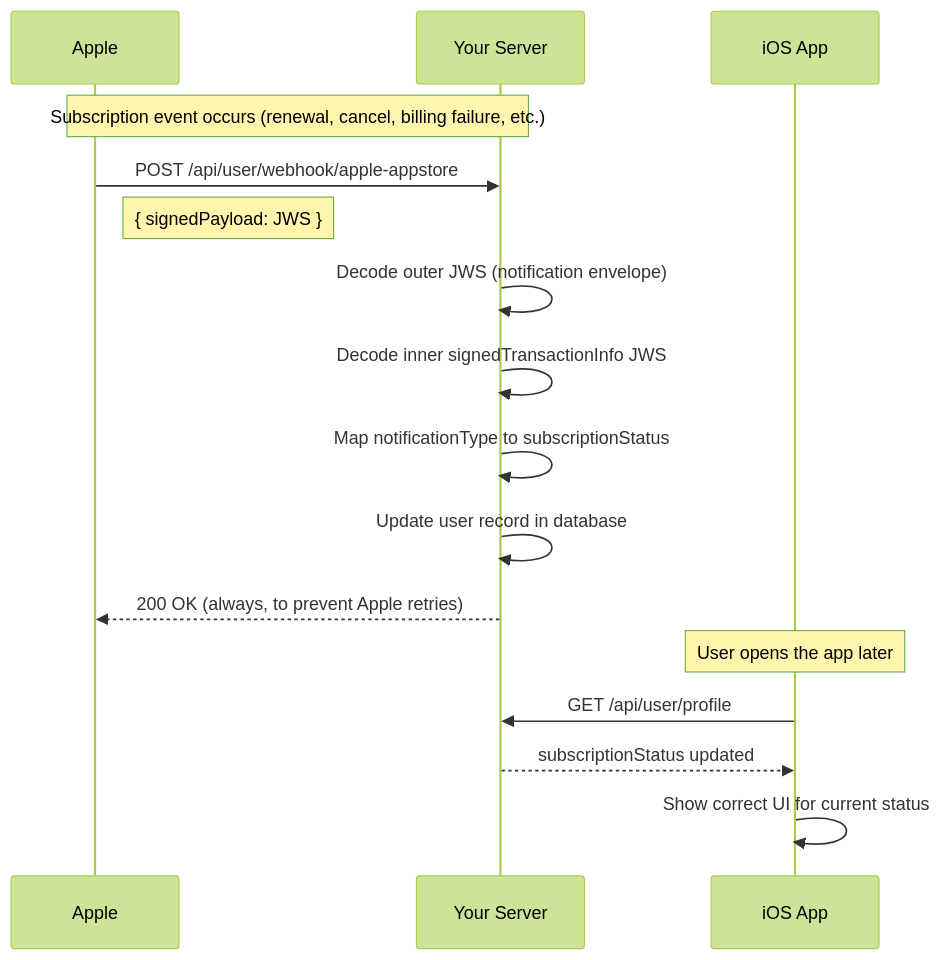
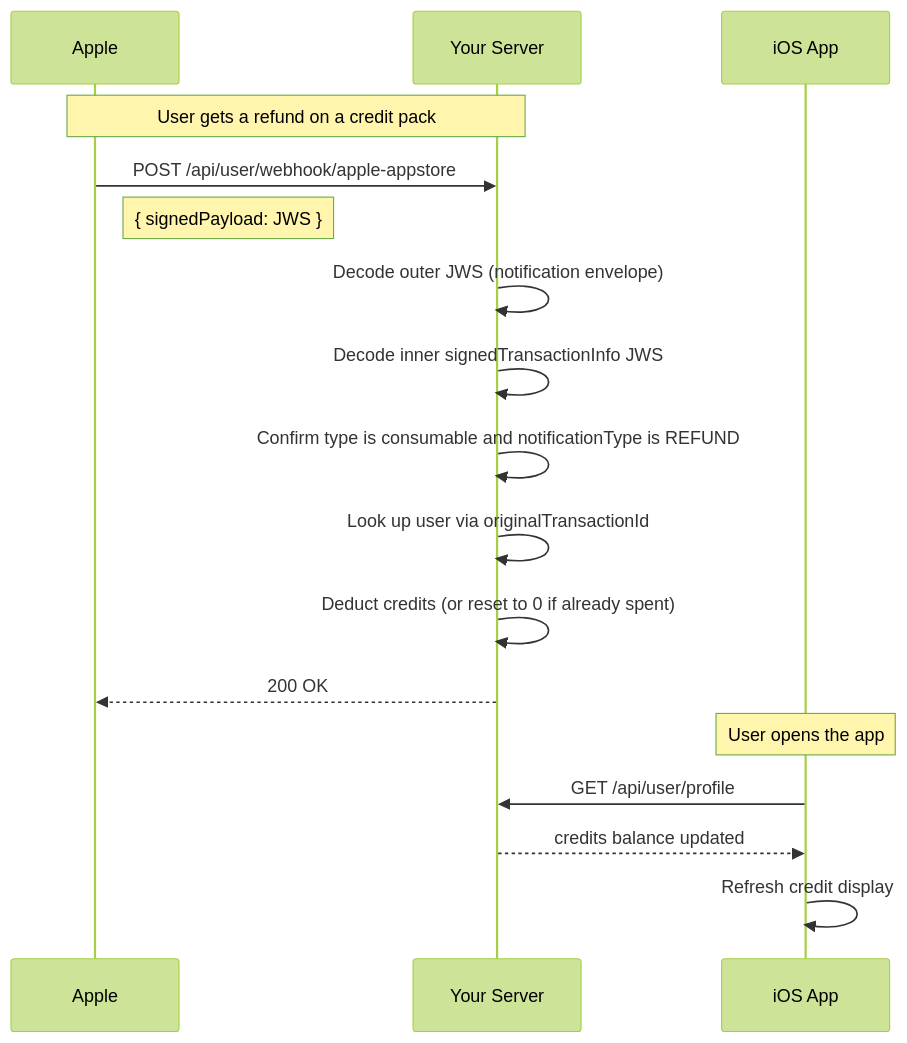
Before and after one commit to Akshay7623/ai_video_authentication_docs: the third of 3 diagrams in user/IAP-Docs/apple-appstore-webhook.md, drawn with Mermaid (forest theme). The commit also changed other lines of this file, not shown here.

First line of the commit message:
Update Apple App Store Webhook documentation

````diff
--- a/user/IAP-Docs/apple-appstore-webhook.md
+++ b/user/IAP-Docs/apple-appstore-webhook.md
@@ -128,20 +167,21 @@
 ```mermaid
 sequenceDiagram
     participant A as Apple
     participant S as Your Server
     participant I as iOS App
 
-    Note over A,S: Subscription event occurs (renewal, cancel, billing failure, etc.)
+    Note over A,S: User gets a refund on a credit pack
     A->>S: POST /api/user/webhook/apple-appstore
     Note right of A: { signedPayload: JWS }
     S->>S: Decode outer JWS (notification envelope)
     S->>S: Decode inner signedTransactionInfo JWS
-    S->>S: Map notificationType to subscriptionStatus
-    S->>S: Update user record in database
-    S-->>A: 200 OK (always, to prevent Apple retries)
+    S->>S: Confirm type is consumable and notificationType is REFUND
+    S->>S: Look up user via originalTransactionId
+    S->>S: Deduct credits (or reset to 0 if already spent)
+    S-->>A: 200 OK
 
-    Note over I: User opens the app later
+    Note over I: User opens the app
     I->>S: GET /api/user/profile
-    S-->>I: subscriptionStatus updated
-    I->>I: Show correct UI for current status
+    S-->>I: credits balance updated
+    I->>I: Refresh credit display
 ```
````
